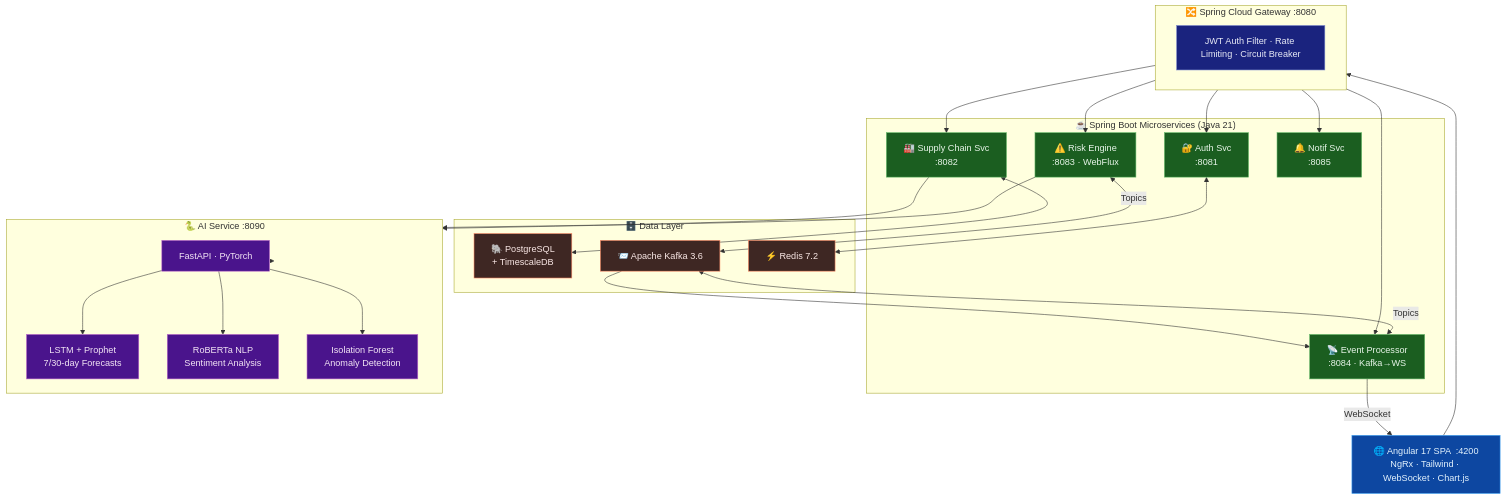
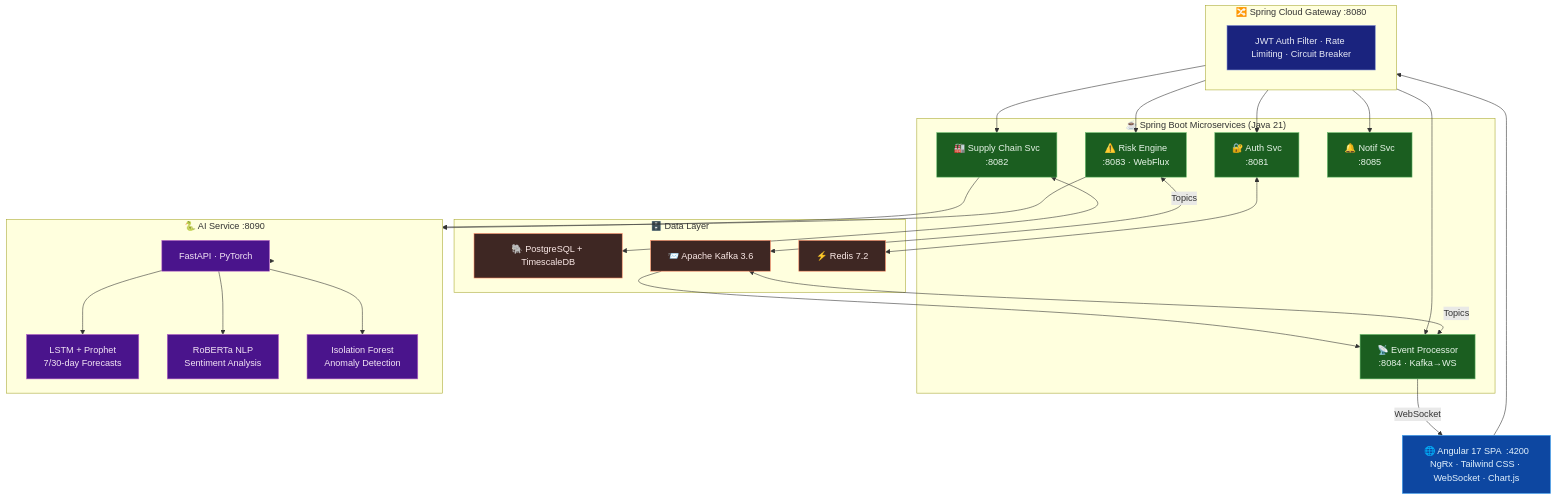
One commit to ravigithubcse/supplysense-ai changed the first of 2 diagrams in README.md. Above: the diagram before and after it, drawn with Mermaid. The commit also changed other lines of this file, not shown here.

Commit message:
docs: fix animated architecture diagram in README

````diff
--- a/README.md
+++ b/README.md
@@ -280,48 +52,57 @@
 ```mermaid
 flowchart TB
-    Client["🌐 Angular 17 SPA  :4200\nNgRx · Tailwind · WebSocket · Chart.js"]
+    Client["🌐 Angular 17 SPA  :4200
+NgRx · Tailwind CSS · WebSocket · Chart.js"]
 
     subgraph GW["🔀 Spring Cloud Gateway  :8080"]
         G1["JWT Auth Filter · Rate Limiting · Circuit Breaker"]
     end
 
     subgraph SVC["☕ Spring Boot Microservices  (Java 21)"]
-        S1["🔐 Auth Svc\n:8081"]
-        S2["🏭 Supply Chain Svc\n:8082"]
-        S3["⚠️ Risk Engine\n:8083 · WebFlux"]
-        S4["📡 Event Processor\n:8084 · Kafka→WS"]
-        S5["🔔 Notif Svc\n:8085"]
+        S1["🔐 Auth Svc
+:8081"]
+        S2["🏭 Supply Chain Svc
+:8082"]
+        S3["⚠️ Risk Engine
+:8083 · WebFlux"]
+        S4["📡 Event Processor
+:8084 · Kafka→WS"]
+        S5["🔔 Notif Svc
+:8085"]
     end
 
     subgraph ML["🐍 AI Service  :8090"]
         M1["FastAPI · PyTorch"]
-        M2["LSTM + Prophet\n7/30-day Forecasts"]
-        M3["RoBERTa NLP\nSentiment Analysis"]
-        M4["Isolation Forest\nAnomaly Detection"]
+        M2["LSTM + Prophet
+7/30-day Forecasts"]
+        M3["RoBERTa NLP
+Sentiment Analysis"]
+        M4["Isolation Forest
+Anomaly Detection"]
     end
 
     subgraph DATA["🗄️ Data Layer"]
-        D1["🐘 PostgreSQL\n+ TimescaleDB"]
+        D1["🐘 PostgreSQL + TimescaleDB"]
         D2["📨 Apache Kafka 3.6"]
         D3["⚡ Redis 7.2"]
     end
 
     Client --> GW --> S1 & S2 & S3 & S4 & S5
     S2 & S3 --> ML
     ML --> M1 --> M2 & M3 & M4
     S1 <--> D3
     S2 <--> D1
     S3 & S4 <-->|Topics| D2
     D2 --> S4 -->|WebSocket| Client
 
     classDef client fill:#0d47a1,stroke:#42a5f5,color:#e3f2fd
     classDef gw fill:#1a237e,stroke:#7986cb,color:#e8eaf6
     classDef svc fill:#1b5e20,stroke:#66bb6a,color:#e8f5e9
     classDef ml fill:#4a148c,stroke:#ba68c8,color:#f3e5f5
     classDef data fill:#3e2723,stroke:#ff8a65,color:#fbe9e7
     class Client client
     class G1 gw
     class S1,S2,S3,S4,S5 svc
     class M1,M2,M3,M4 ml
     class D1,D2,D3 data
 ```
````
